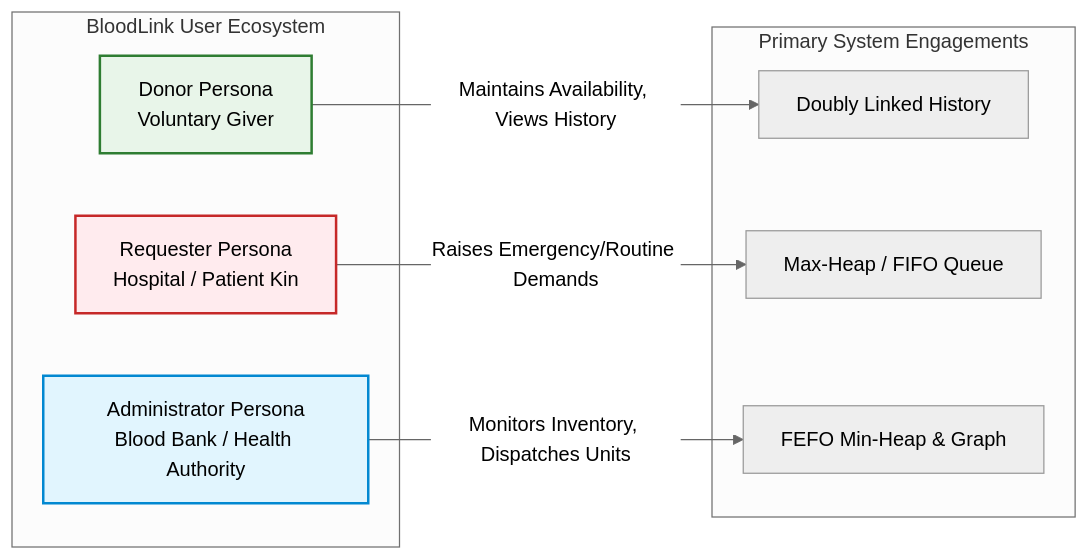
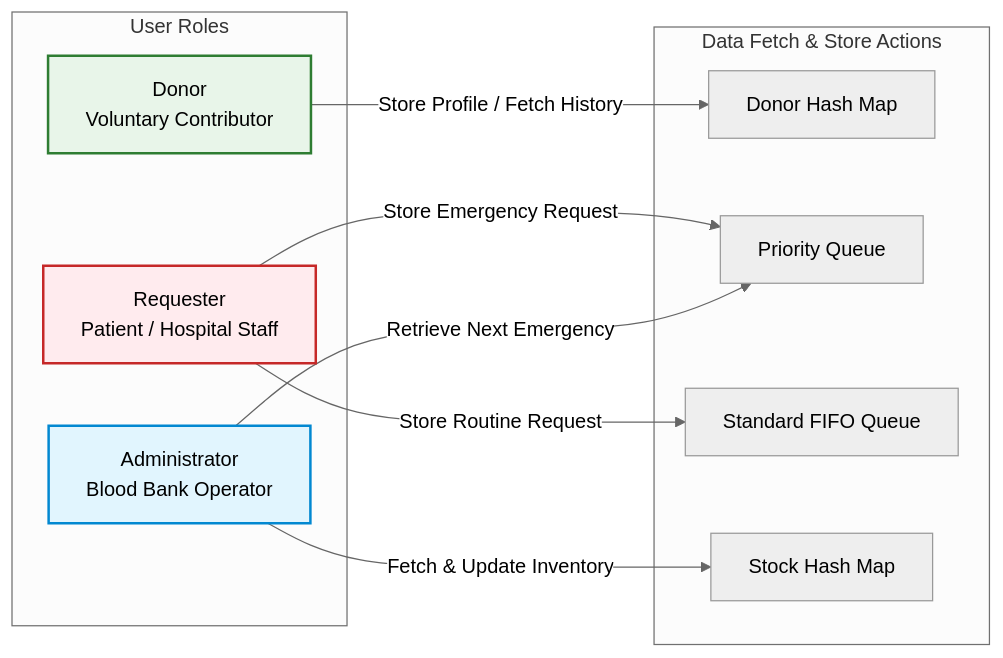
One commit to Shrey113/Assignment-1 changed the first of 5 diagrams in docs/04_user_roles_and_workflows.md. Above: the diagram before and after it, drawn with Mermaid (neutral theme). The commit also changed other lines of this file and 14 other files, not shown here.

Commit message:
refactor: simplify architecture, workflows, and DS flow for fast development

````diff
--- a/docs/04_user_roles_and_workflows.md
+++ b/docs/04_user_roles_and_workflows.md
@@ -9,18 +11,20 @@
 ```mermaid
 graph LR
-    subgraph ROLES["BloodLink User Ecosystem"]
-        D[Donor Persona\nVoluntary Giver]
-        R[Requester Persona\nHospital / Patient Kin]
-        A[Administrator Persona\nBlood Bank / Health Authority]
+    subgraph ROLES["User Roles"]
+        D[Donor\nVoluntary Contributor]
+        R[Requester\nPatient / Hospital Staff]
+        A[Administrator\nBlood Bank Operator]
     end
 
-    subgraph ACTIONS["Primary System Engagements"]
-        D -->|Maintains Availability, Views History| DS_H[Doubly Linked History]
-        R -->|Raises Emergency/Routine Demands| DS_Q[Max-Heap / FIFO Queue]
-        A -->|Monitors Inventory, Dispatches Units| DS_I[FEFO Min-Heap & Graph]
+    subgraph DATA_FLOW["Data Fetch & Store Actions"]
+        D -->|Store Profile / Fetch History| HM1[Donor Hash Map]
+        R -->|Store Emergency Request| PQ[Priority Queue]
+        R -->|Store Routine Request| FQ[Standard FIFO Queue]
+        A -->|Retrieve Next Emergency| PQ
+        A -->|Fetch & Update Inventory| HM2[Stock Hash Map]
     end
 
     style D fill:#e8f5e9,stroke:#2e7d32,stroke-width:2px
     style R fill:#ffebee,stroke:#c62828,stroke-width:2px
     style A fill:#e1f5fe,stroke:#0288d1,stroke-width:2px
 ```
````
